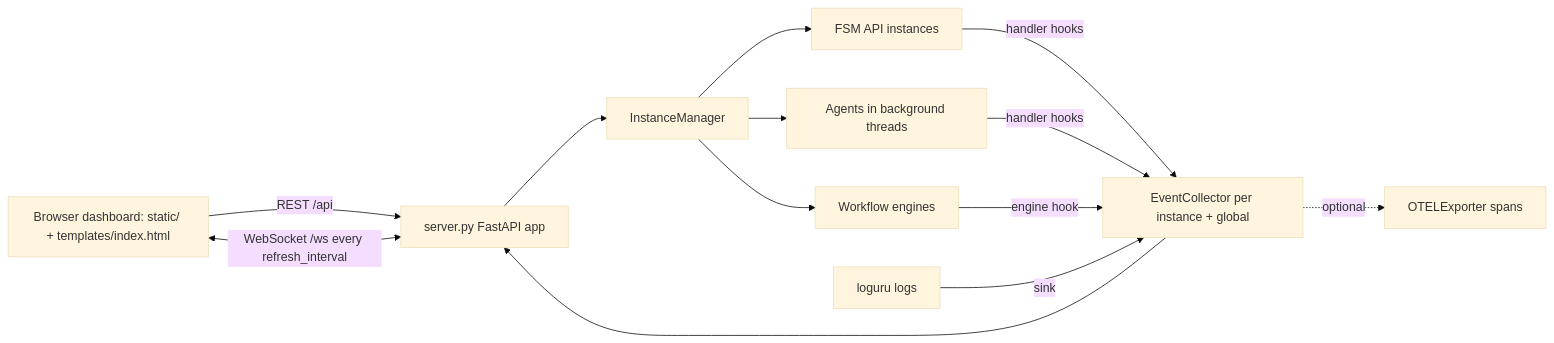
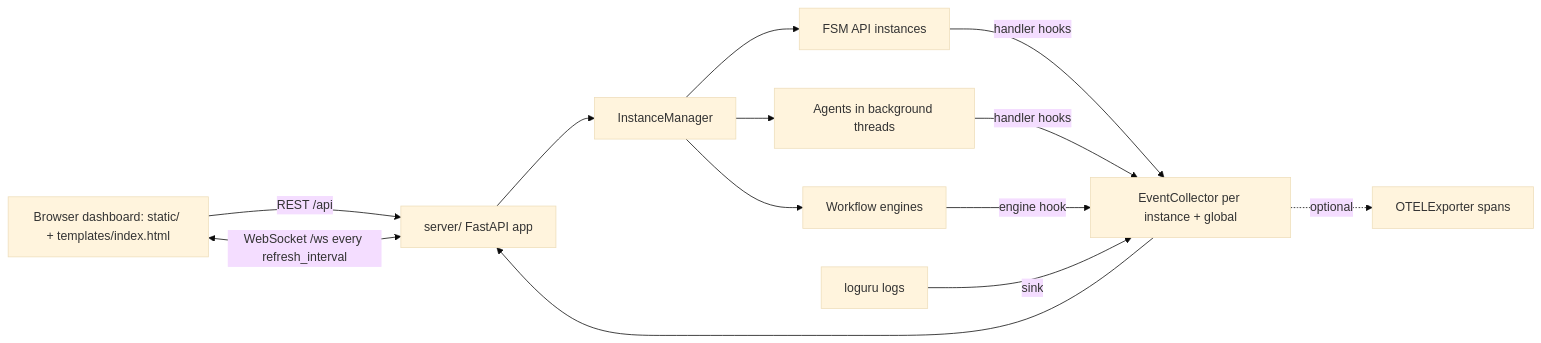
Before and after one commit to NikolasMarkou/fsm_llm: the diagram in src/fsm_llm/monitor/README.md, drawn with Mermaid (base theme). The commit also changed other lines of this file and 39 other files, not shown here.

````diff
--- a/src/fsm_llm/monitor/README.md
+++ b/src/fsm_llm/monitor/README.md
@@ -13,14 +13,14 @@
 ```mermaid
 flowchart LR
-    Browser[Browser dashboard: static/ + templates/index.html] -- REST /api --> Server[server.py FastAPI app]
+    Browser[Browser dashboard: static/ + templates/index.html] -- REST /api --> Server[server/ FastAPI app]
     Browser <-- WebSocket /ws every refresh_interval --> Server
     Server --> Manager[InstanceManager]
     Manager --> FSMs[FSM API instances]
     Manager --> Agents[Agents in background threads]
     Manager --> Workflows[Workflow engines]
     FSMs & Agents -- handler hooks --> Collectors[EventCollector per instance + global]
     Workflows -- engine hook --> Collectors
     Loguru[loguru logs] -- sink --> Collectors
     Collectors --> Server
     Collectors -. optional .-> OTEL[OTELExporter spans]
 ```
````
